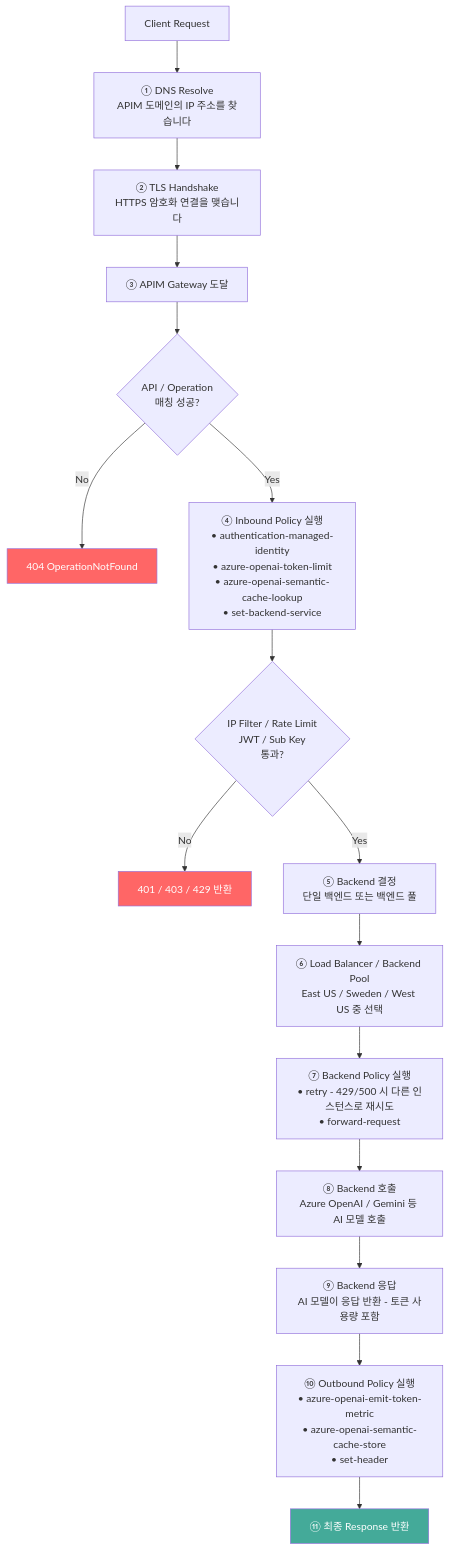
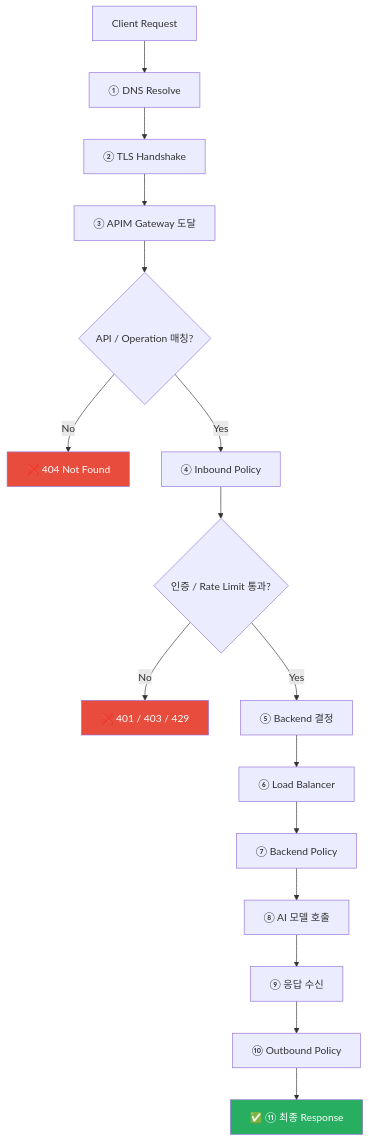
Before and after one commit to ChangJu-Ahn/Azure-AI-Gateway-KR: the second of 2 diagrams in README.md, drawn with Mermaid.

Commit message:
Refactor flowchart in README to enhance clarity and consistency in API operation steps

````diff
--- a/README.md
+++ b/README.md
@@ -120,22 +120,22 @@
 ```mermaid
 flowchart TD
-    A[Client Request] --> B[① DNS Resolve<br/>APIM 도메인의 IP 주소를 찾습니다]
-    B --> C[② TLS Handshake<br/>HTTPS 암호화 연결을 맺습니다]
+    A[Client Request] --> B[① DNS Resolve]
+    B --> C[② TLS Handshake]
     C --> D[③ APIM Gateway 도달]
-    D --> E{API / Operation<br/>매칭 성공?}
-    E -- No --> F[404 OperationNotFound]
-    E -- Yes --> G[④ Inbound Policy 실행<br/>• authentication-managed-identity<br/>• azure-openai-token-limit<br/>• azure-openai-semantic-cache-lookup<br/>• set-backend-service]
-    G --> H{IP Filter / Rate Limit<br/>JWT / Sub Key<br/>통과?}
-    H -- No --> I[401 / 403 / 429 반환]
-    H -- Yes --> J[⑤ Backend 결정<br/>단일 백엔드 또는 백엔드 풀]
-    J --> K[⑥ Load Balancer / Backend Pool<br/>East US / Sweden / West US 중 선택]
-    K --> L[⑦ Backend Policy 실행<br/>• retry - 429/500 시 다른 인스턴스로 재시도<br/>• forward-request]
-    L --> M[⑧ Backend 호출<br/>Azure OpenAI / Gemini 등 AI 모델 호출]
-    M --> N[⑨ Backend 응답<br/>AI 모델이 응답 반환 - 토큰 사용량 포함]
-    N --> O[⑩ Outbound Policy 실행<br/>• azure-openai-emit-token-metric<br/>• azure-openai-semantic-cache-store<br/>• set-header]
-    O --> P[⑪ 최종 Response 반환]
+    D --> E{API / Operation 매칭?}
+    E -- No --> F[❌ 404 Not Found]
+    E -- Yes --> G[④ Inbound Policy]
+    G --> H{인증 / Rate Limit 통과?}
+    H -- No --> I[❌ 401 / 403 / 429]
+    H -- Yes --> J[⑤ Backend 결정]
+    J --> K[⑥ Load Balancer]
+    K --> L[⑦ Backend Policy]
+    L --> M[⑧ AI 모델 호출]
+    M --> N[⑨ 응답 수신]
+    N --> O[⑩ Outbound Policy]
+    O --> P[✅ ⑪ 최종 Response]
 
-    style F fill:#f66,color:#fff
-    style I fill:#f66,color:#fff
-    style P fill:#4a9,color:#fff
+    style F fill:#e74c3c,color:#fff
+    style I fill:#e74c3c,color:#fff
+    style P fill:#27ae60,color:#fff
 ```
````
